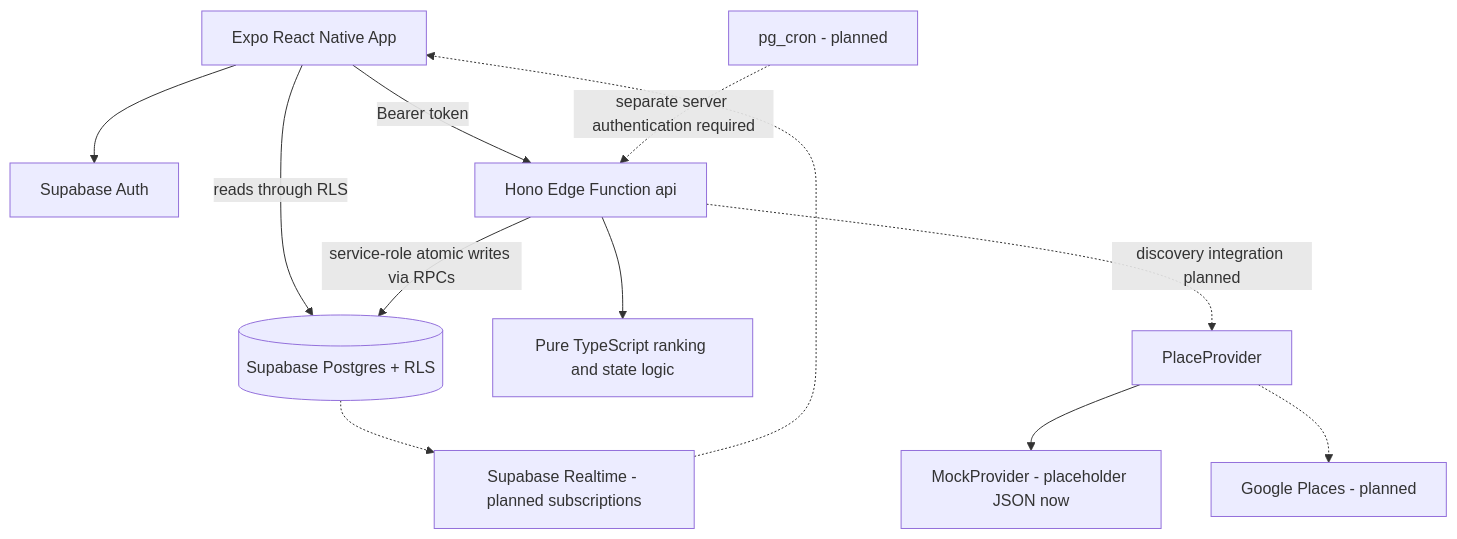
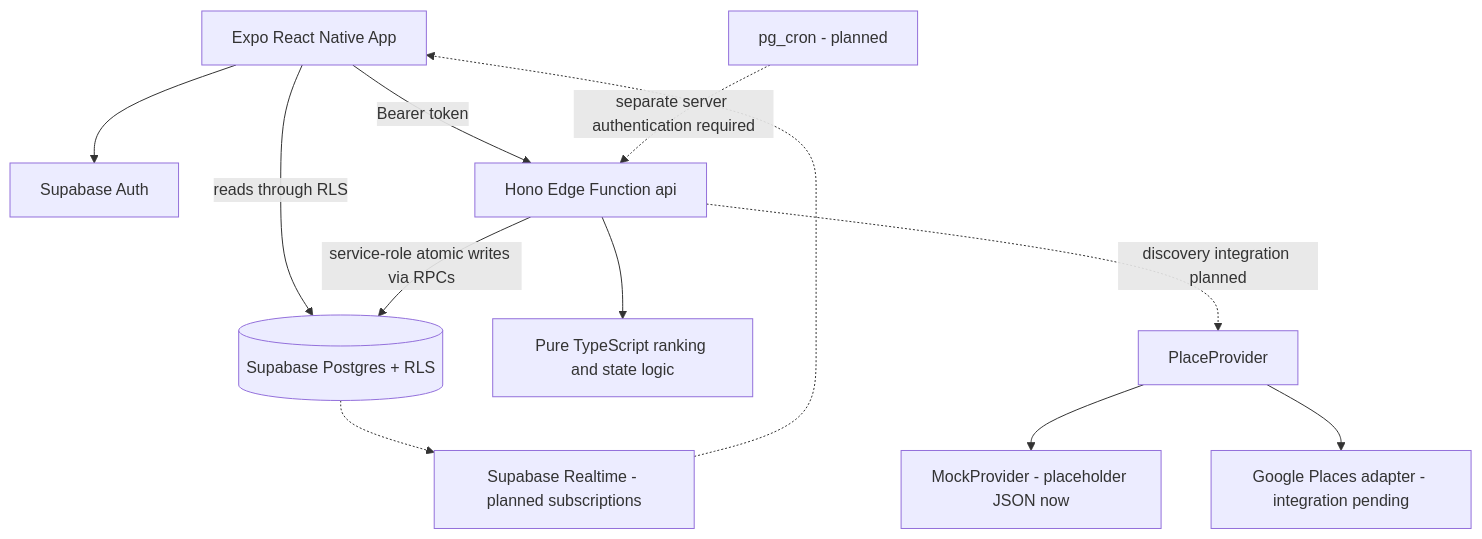
The third of 3 diagrams in docs/design.md (mopsha/WTW-CSE416), drawn with Mermaid before and after one commit. The commit also changed other lines of this file and 18 other files, not shown here.

Commit message:
feat: implement Google Places integration and reliability

````diff
--- a/docs/design.md
+++ b/docs/design.md
@@ -230,14 +230,14 @@
 ```mermaid
 flowchart TD
     App[Expo React Native App] --> Auth[Supabase Auth]
     App -->|reads through RLS| DB[(Supabase Postgres + RLS)]
     App -->|Bearer token| API[Hono Edge Function api]
     API -->|service-role atomic writes via RPCs| DB
     API --> Domain[Pure TypeScript ranking and state logic]
     API -.->|discovery integration planned| Provider[PlaceProvider]
     Provider --> Mock[MockProvider - placeholder JSON now]
-    Provider -.-> Google[Google Places - planned]
+    Provider --> Google[Google Places adapter - integration pending]
     DB -.-> Realtime[Supabase Realtime - planned subscriptions]
     Realtime -.-> App
     Cron[pg_cron - planned] -.->|separate server authentication required| API
 ```
````
